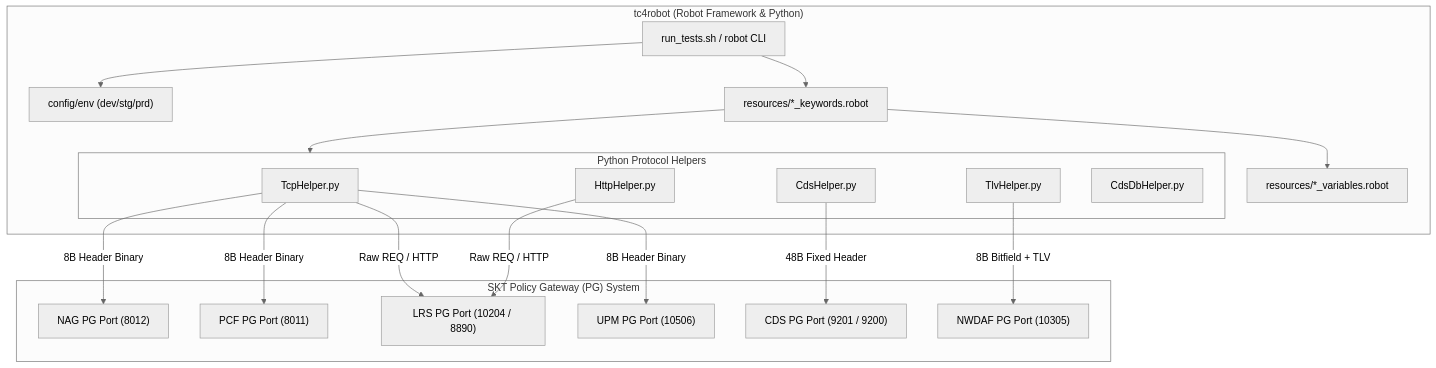
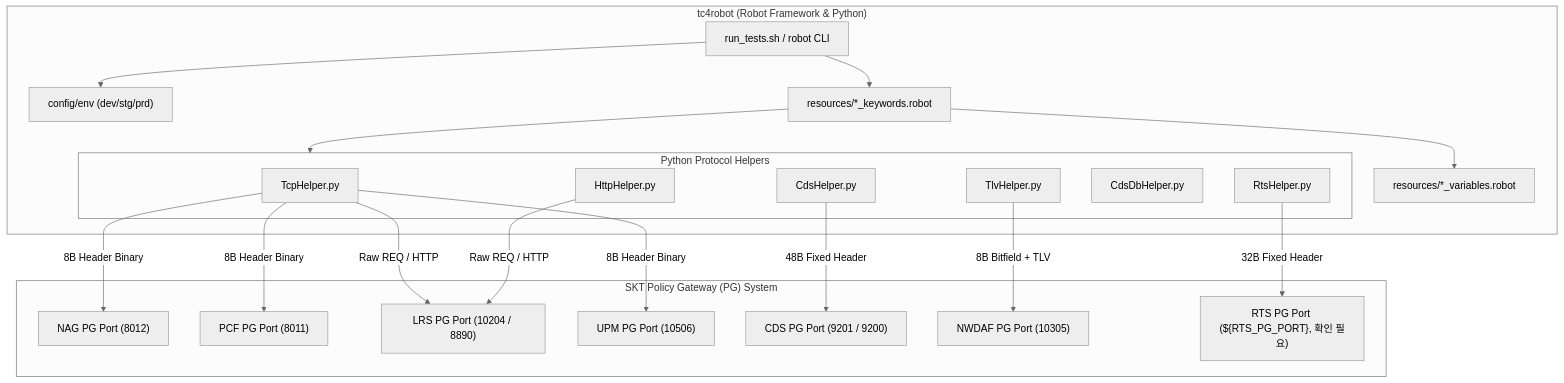
Before and after one commit to IanKim2030/tc4robot: the diagram in docs/ARCHITECTURE.md, drawn with Mermaid (neutral theme). The commit also changed other lines of this file and 11 other files, not shown here.

````diff
--- a/docs/ARCHITECTURE.md
+++ b/docs/ARCHITECTURE.md
@@ -14,38 +14,41 @@
 ```mermaid
 flowchart TD
     subgraph TestRunner ["tc4robot (Robot Framework & Python)"]
         CLI["run_tests.sh / robot CLI"]
         ENV["config/env (dev/stg/prd)"]
         KW["resources/*_keywords.robot"]
         VAR["resources/*_variables.robot"]
 
         subgraph Helpers ["Python Protocol Helpers"]
             TCP["TcpHelper.py"]
             TLV["TlvHelper.py"]
             CDS_H["CdsHelper.py"]
             HTTP["HttpHelper.py"]
             CDS_DB["CdsDbHelper.py"]
+            RTS_H["RtsHelper.py"]
         end
     end
 
     subgraph TargetPG ["SKT Policy Gateway (PG) System"]
         NAG_PG["NAG PG Port (8012)"]
         PCF_PG["PCF PG Port (8011)"]
         LRS_PG["LRS PG Port (10204 / 8890)"]
         UPM_PG["UPM PG Port (10506)"]
         CDS_PG["CDS PG Port (9201 / 9200)"]
         NWDAF_PG["NWDAF PG Port (10305)"]
+        RTS_PG["RTS PG Port (${RTS_PG_PORT}, 확인 필요)"]
     end
 
     CLI --> ENV
     CLI --> KW
     KW --> VAR
     KW --> Helpers
 
     TCP -->|"8B Header Binary"| NAG_PG
     TCP -->|"8B Header Binary"| PCF_PG
     TCP & HTTP -->|"Raw REQ / HTTP"| LRS_PG
     TCP -->|"8B Header Binary"| UPM_PG
     CDS_H -->|"48B Fixed Header"| CDS_PG
     TLV -->|"8B Bitfield + TLV"| NWDAF_PG
+    RTS_H -->|"32B Fixed Header"| RTS_PG
 ```
````
